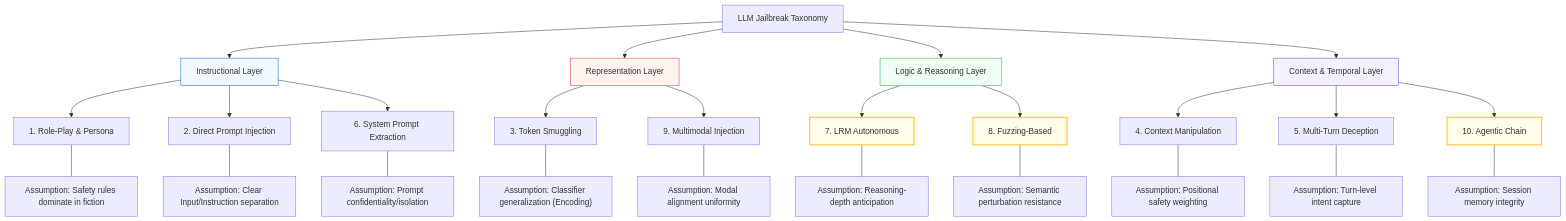
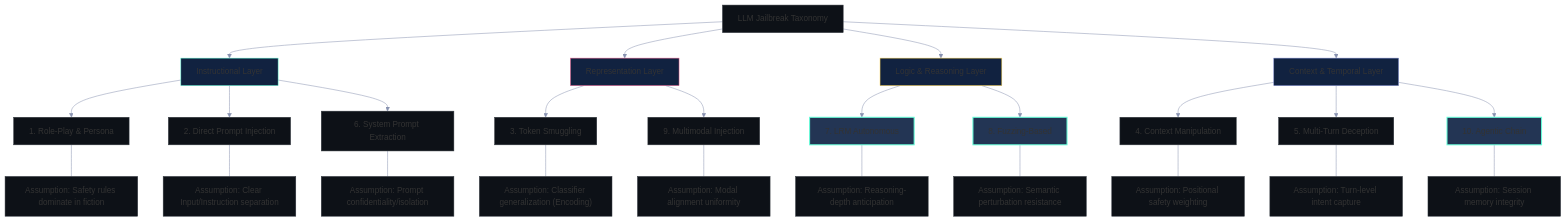
Before and after one commit to zakky8/llm-jailbreak-taxonomy: the diagram in README.md, drawn with Mermaid. The commit also changed other lines of this file and 1 other file, not shown here.

````diff
--- a/README.md
+++ b/README.md
@@ -20,41 +25,44 @@
 ```mermaid
+%%{init: {'theme': 'base', 'themeVariables': { 'primaryColor': '#0d1117', 'secondaryColor': '#58a6ff', 'tertiaryColor': '#1f6feb', 'mainBkg': '#0d1117', 'nodeBorder': '#30363d', 'lineColor': '#8b949e', 'fontFamily': 'Inter, sans-serif' }}}%%
 graph TD
     Root[LLM Jailbreak Taxonomy] --> IL[Instructional Layer]
     Root --> RL[Representation Layer]
     Root --> LL[Logic & Reasoning Layer]
     Root --> CTL[Context & Temporal Layer]
 
     IL --> Cat1[1. Role-Play & Persona]
     IL --> Cat2[2. Direct Prompt Injection]
     IL --> Cat6[6. System Prompt Extraction]
 
     RL --> Cat3[3. Token Smuggling]
     RL --> Cat9[9. Multimodal Injection]
 
     LL --> Cat7[7. LRM Autonomous]
     LL --> Cat8[8. Fuzzing-Based]
 
     CTL --> Cat4[4. Context Manipulation]
     CTL --> Cat5[5. Multi-Turn Deception]
     CTL --> Cat10[10. Agentic Chain]
 
     Cat1 --- A1["Assumption: Safety rules dominate in fiction"]
     Cat2 --- A2["Assumption: Clear Input/Instruction separation"]
     Cat6 --- A6["Assumption: Prompt confidentiality/isolation"]
     Cat3 --- A3["Assumption: Classifier generalization (Encoding)"]
     Cat9 --- A9["Assumption: Modal alignment uniformity"]
     Cat7 --- A7["Assumption: Reasoning-depth anticipation"]
     Cat8 --- A8["Assumption: Semantic perturbation resistance"]
     Cat4 --- A4["Assumption: Positional safety weighting"]
     Cat5 --- A5["Assumption: Turn-level intent capture"]
     Cat10 --- A10["Assumption: Session memory integrity"]
 
-    style IL fill:#f1f8ff,stroke:#0366d6
-    style RL fill:#fff5f0,stroke:#d73a49
-    style LL fill:#f0fff4,stroke:#28a745
-    style CTL fill:#f5f0ff,stroke:#6f42c1
+    style IL fill:#112240,stroke:#64ffda
+    style RL fill:#112240,stroke:#f06292
+    style LL fill:#112240,stroke:#ffd54f
+    style CTL fill:#112240,stroke:#7986cb
     
-    style Cat7 fill:#fffde7,stroke:#fbc02d,stroke-width:2px
-    style Cat8 fill:#fffde7,stroke:#fbc02d,stroke-width:2px
-    style Cat10 fill:#fffde7,stroke:#fbc02d,stroke-width:2px
+    style Cat7 fill:#233554,stroke:#64ffda,stroke-width:2px
+    style Cat8 fill:#233554,stroke:#64ffda,stroke-width:2px
+    style Cat10 fill:#233554,stroke:#64ffda,stroke-width:2px
+    
+    linkStyle default stroke:#8892b0,stroke-width:1px
 ```
````
